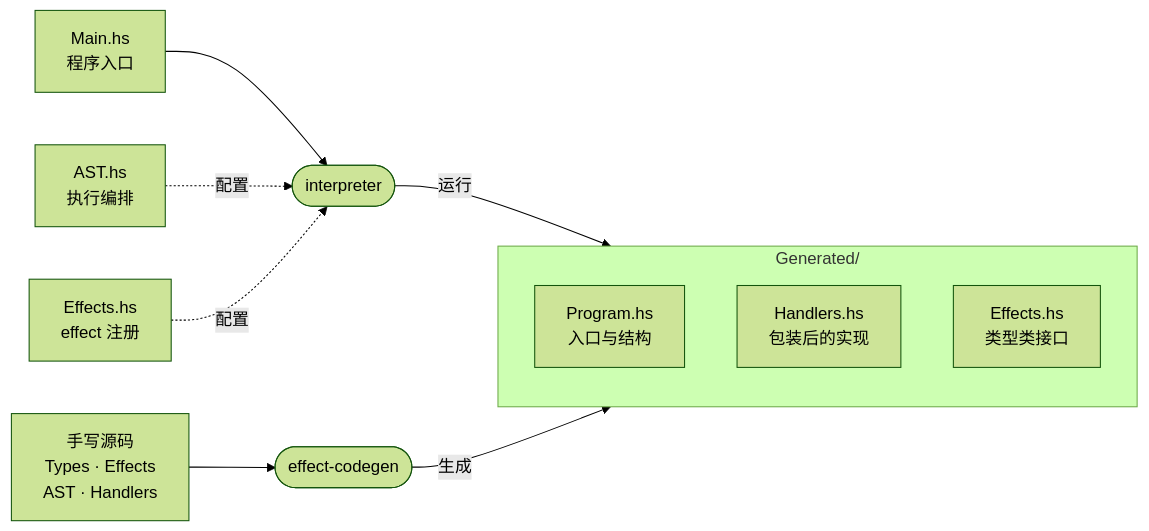
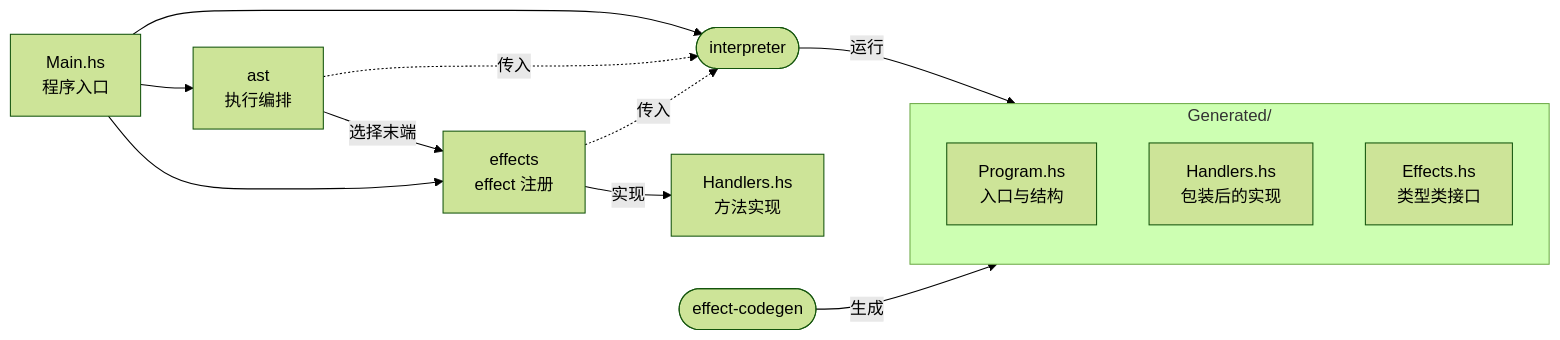
Before and after one commit to cartesianc/algebraic-effect-sys-in-haskell: the diagram in README.md, drawn with Mermaid (forest theme). The commit also changed other lines of this file, not shown here.

Commit message:
docs: show Main passing ast and effects to interpreter in the README diagram

````diff
--- a/README.md
+++ b/README.md
@@ -43,17 +43,19 @@
 ```mermaid
 flowchart LR
   Main["Main.hs<br/>程序入口"] --> Interp(["interpreter"])
-  AST["AST.hs<br/>执行编排"] -. 配置 .-> Interp
-  Effects["Effects.hs<br/>effect 注册"] -. 配置 .-> Interp
+  Main --> AST["ast<br/>执行编排"]
+  Main --> Effects["effects<br/>effect 注册"]
+  AST -. 传入 .-> Interp
+  Effects -. 传入 .-> Interp
+  AST -- 选择末端 --> Effects
+  Effects -- 实现 --> Handlers["Handlers.hs<br/>方法实现"]
   Interp -- 运行 --> Generated
 
   subgraph Generated["Generated/"]
-    direction TB
     Program["Program.hs<br/>入口与结构"]
     GenHandlers["Handlers.hs<br/>包装后的实现"]
     GenEffects["Effects.hs<br/>类型类接口"]
   end
 
-  Sources["手写源码<br/>Types · Effects<br/>AST · Handlers"] --> Codegen(["effect-codegen"])
-  Codegen -- 生成 --> Generated
+  Codegen(["effect-codegen"]) -- 生成 --> Generated
 ```
````
